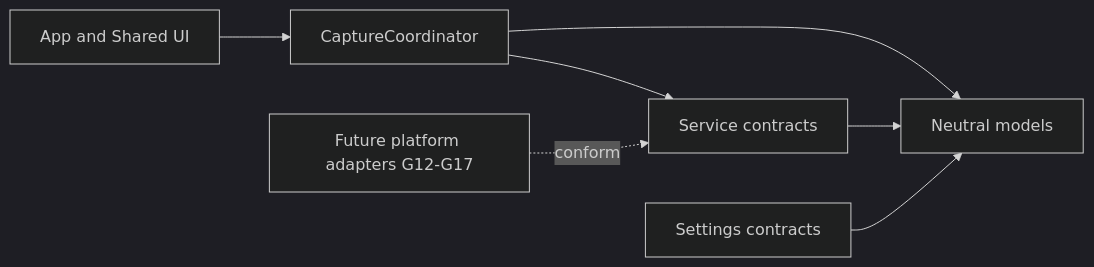
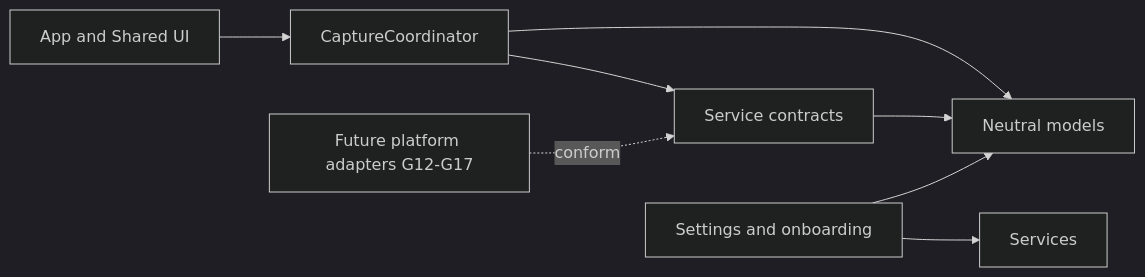
One commit to bennetthilberg/copylasso changed the first of 2 diagrams in docs/architecture/overview.md. Above: the diagram before and after it, drawn with Mermaid (dark theme). The commit also changed other lines of this file and 27 other files, not shown here.

````diff
--- a/docs/architecture/overview.md
+++ b/docs/architecture/overview.md
@@ -7,9 +7,10 @@
 ```mermaid
 flowchart LR
   App["App and Shared UI"] --> Coordinator["CaptureCoordinator"]
   Coordinator --> Contracts["Service contracts"]
   Coordinator --> Models["Neutral models"]
   Contracts --> Models
-  Settings["Settings contracts"] --> Models
+  Settings["Settings and onboarding"] --> Services
+  Settings --> Models
   Adapters["Future platform adapters G12-G17"] -. conform .-> Contracts
 ```
````
